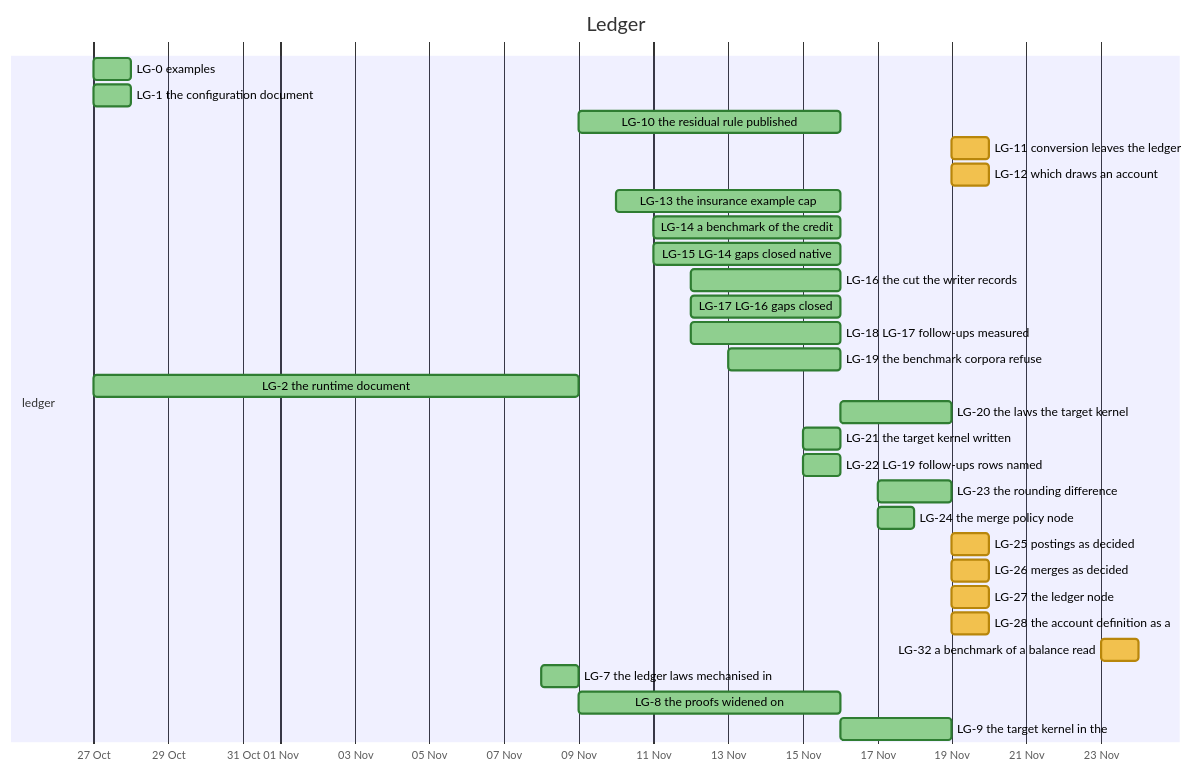
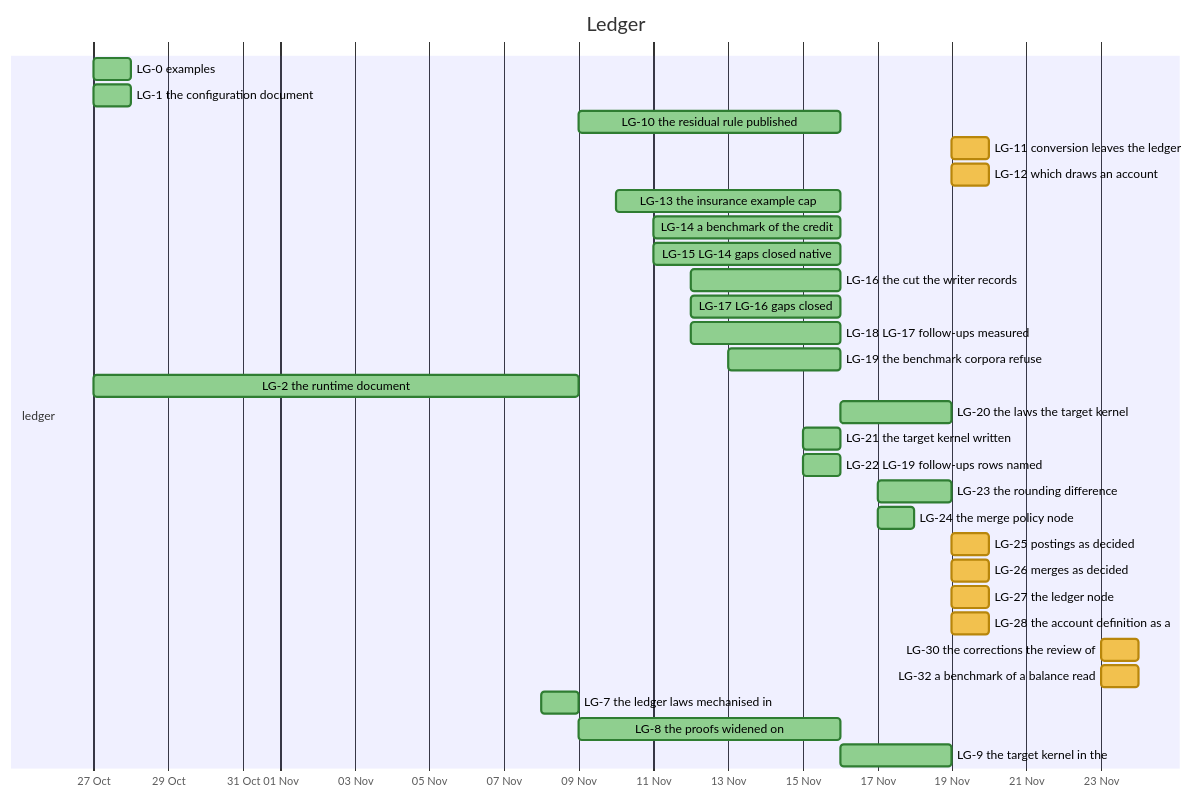
The tenth of 32 diagrams in docs/developer/ROADMAP.md (nebularis/lattice), drawn with Mermaid before and after one commit. The commit also changed other lines of this file and 34 other files, not shown here.

````diff
--- a/docs/developer/ROADMAP.md
+++ b/docs/developer/ROADMAP.md
@@ -338,34 +338,35 @@
 ```mermaid
 %%{init: {"themeVariables": {"taskBkgColor": "#f2c14e", "taskBorderColor": "#b8860b", "taskTextColor": "#000000", "activeTaskBkgColor": "#4e9af1", "activeTaskBorderColor": "#1f5fbf", "activeTaskBorderColor": "#1f5fbf", "doneTaskBkgColor": "#8fcf8f", "doneTaskBorderColor": "#2f7d32", "critBkgColor": "#f28b82", "critBorderColor": "#b23a30", "taskTextDarkColor": "#000000", "taskTextLightColor": "#000000"}}}%%
 gantt
     title Ledger
     dateFormat YYYY-MM-DD
     axisFormat %d %b
     section ledger
     LG-0 examples :done, lg0, 2026-10-27, 2026-10-28
     LG-1 the configuration document :done, lg1, 2026-10-27, 2026-10-28
     LG-10 the residual rule published :done, lg10, 2026-11-09, 2026-11-16
     LG-11 conversion leaves the ledger :lg11, 2026-11-19, 2026-11-20
     LG-12 which draws an account :lg12, 2026-11-19, 2026-11-20
     LG-13 the insurance example cap :done, lg13, 2026-11-10, 2026-11-16
     LG-14 a benchmark of the credit :done, lg14, 2026-11-11, 2026-11-16
     LG-15 LG-14 gaps closed native :done, lg15, 2026-11-11, 2026-11-16
     LG-16 the cut the writer records :done, lg16, 2026-11-12, 2026-11-16
     LG-17 LG-16 gaps closed :done, lg17, 2026-11-12, 2026-11-16
     LG-18 LG-17 follow-ups measured :done, lg18, 2026-11-12, 2026-11-16
     LG-19 the benchmark corpora refuse :done, lg19, 2026-11-13, 2026-11-16
     LG-2 the runtime document :done, lg2, 2026-10-27, 2026-11-09
     LG-20 the laws the target kernel :done, lg20, 2026-11-16, 2026-11-19
     LG-21 the target kernel written :done, lg21, 2026-11-15, 2026-11-16
     LG-22 LG-19 follow-ups rows named :done, lg22, 2026-11-15, 2026-11-16
     LG-23 the rounding difference :done, lg23, 2026-11-17, 2026-11-19
     LG-24 the merge policy node :done, lg24, 2026-11-17, 2026-11-18
     LG-25 postings as decided :lg25, 2026-11-19, 2026-11-20
     LG-26 merges as decided :lg26, 2026-11-19, 2026-11-20
     LG-27 the ledger node :lg27, 2026-11-19, 2026-11-20
     LG-28 the account definition as a :lg28, 2026-11-19, 2026-11-20
+    LG-30 the corrections the review of :lg30, 2026-11-23, 2026-11-24
     LG-32 a benchmark of a balance read :lg32, 2026-11-23, 2026-11-24
     LG-7 the ledger laws mechanised in :done, lg7, 2026-11-08, 2026-11-09
     LG-8 the proofs widened on :done, lg8, 2026-11-09, 2026-11-16
     LG-9 the target kernel in the :done, lg9, 2026-11-16, 2026-11-19
 ```
````
